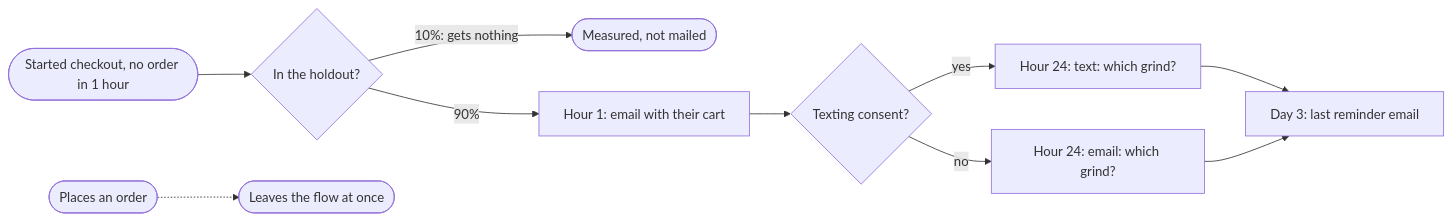
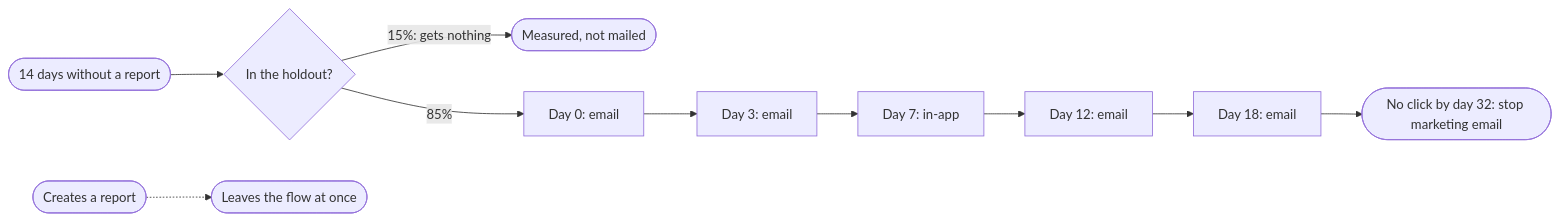
The diagram in README.md (kyle-olmstead/lifecycle-marketing-claude-engine), drawn with Mermaid before and after one commit. The commit also changed other lines of this file, not shown here.

````diff
--- a/README.md
+++ b/README.md
@@ -31,12 +33,12 @@
 ```mermaid
 flowchart LR
-  A(["Started checkout, no order in 1 hour"]) --> H{"In the holdout?"}
-  H -- "10%: gets nothing" --> X(["Measured, not mailed"])
-  H -- "90%" --> E1["Hour 1: email with their cart"]
-  E1 --> S{"Texting consent?"}
-  S -- "yes" --> T2["Hour 24: text: which grind?"]
-  S -- "no" --> E2["Hour 24: email: which grind?"]
-  T2 --> E3["Day 3: last reminder email"]
-  E2 --> E3
-  O(["Places an order"]) -.-> D(["Leaves the flow at once"])
+  A(["14 days without a report"]) --> H{"In the holdout?"}
+  H -- "15%: gets nothing" --> X(["Measured, not mailed"])
+  H -- "85%" --> E1["Day 0: email"]
+  E1 --> E2["Day 3: email"]
+  E2 --> I3["Day 7: in-app"]
+  I3 --> E4["Day 12: email"]
+  E4 --> E5["Day 18: email"]
+  E5 --> S(["No click by day 32: stop marketing email"])
+  O(["Creates a report"]) -.-> D(["Leaves the flow at once"])
 ```
````
